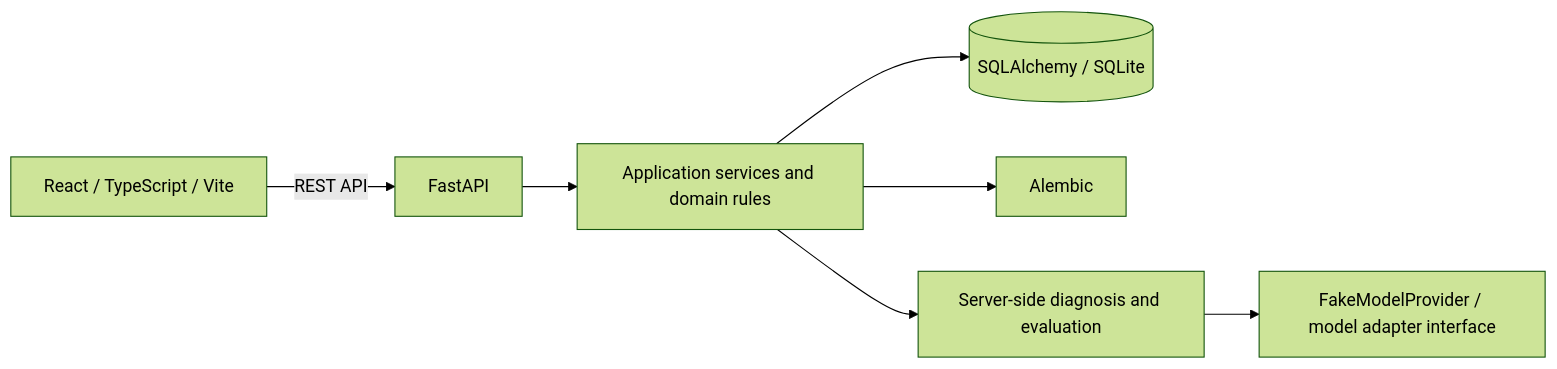
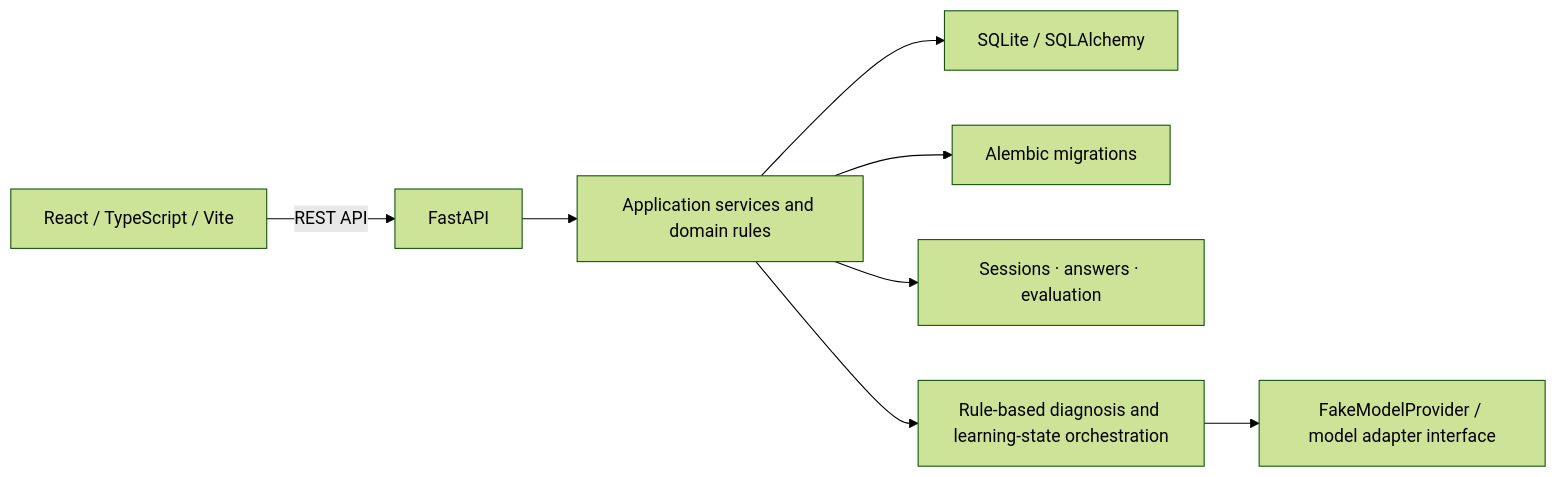
Before and after one commit to KaoruMiyagawa/UnlearnLoop: the second of 2 diagrams in README_EN.md, drawn with Mermaid (forest theme). The commit also changed other lines of this file and 8 other files, not shown here.

````diff
--- a/README_EN.md
+++ b/README_EN.md
@@ -60,9 +67,10 @@
 ```mermaid
 flowchart LR
     UI[React / TypeScript / Vite] -->|REST API| API[FastAPI]
     API --> APP[Application services and domain rules]
-    APP --> DB[(SQLAlchemy / SQLite)]
-    APP --> MIG[Alembic]
-    APP --> AGENT[Server-side diagnosis and evaluation]
-    AGENT --> MODEL[FakeModelProvider / model adapter interface]
+    APP --> DATA[SQLite / SQLAlchemy]
+    APP --> MIG[Alembic migrations]
+    APP --> LEARN[Sessions · answers · evaluation]
+    APP --> AGENT[Rule-based diagnosis and learning-state orchestration]
+    AGENT --> PROVIDER[FakeModelProvider / model adapter interface]
 ```
````
